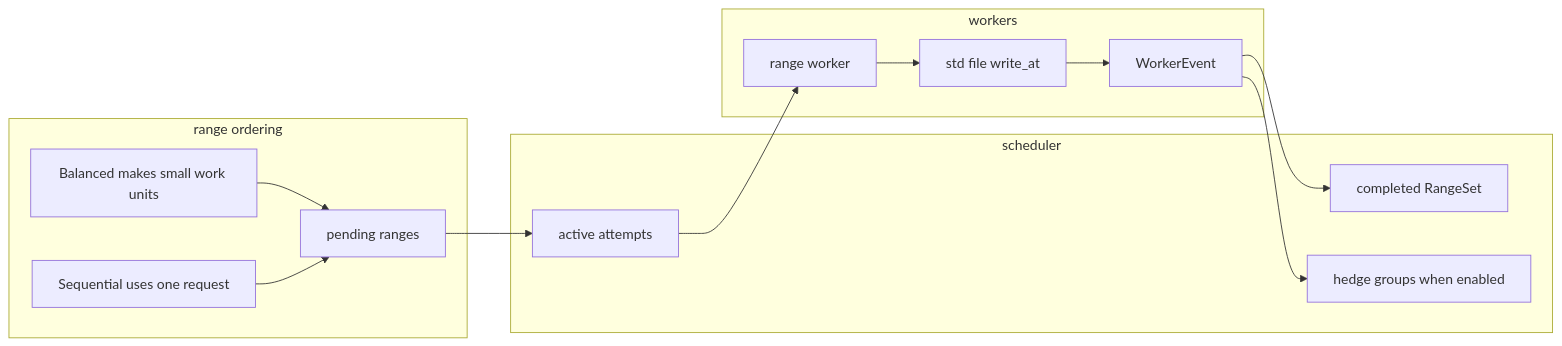
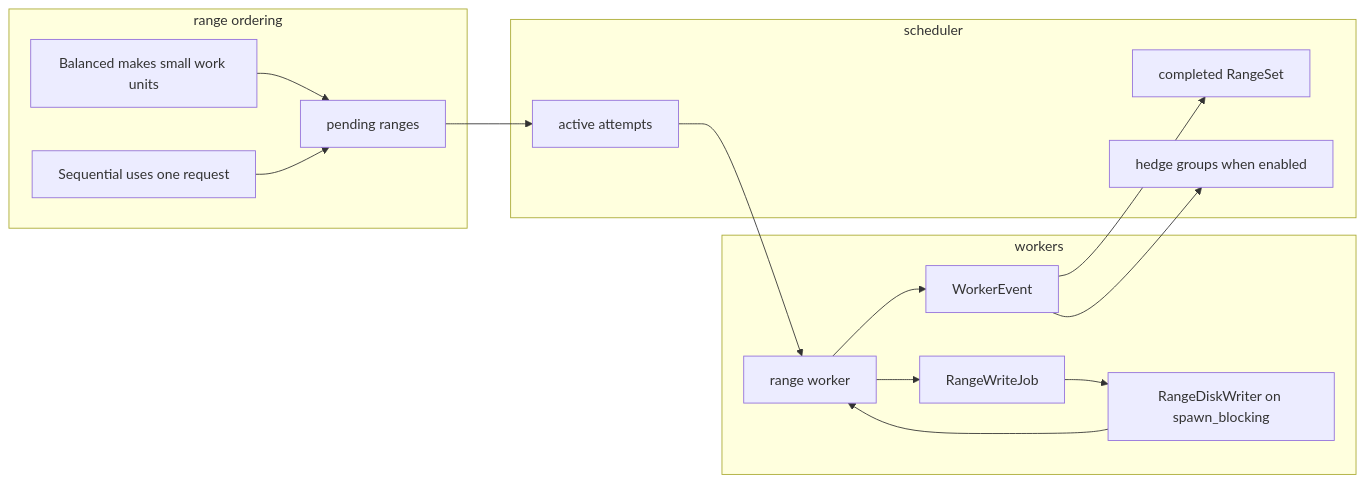
Before and after one commit to ophelianz/ophelia: the sixth of 9 diagrams in docs/core-diagrams.md, drawn with Mermaid. The commit also changed other lines of this file and 11 other files, not shown here.

Commit message:
refactor: add range disk writer

````diff
--- a/docs/core-diagrams.md
+++ b/docs/core-diagrams.md
@@ -123,29 +123,32 @@
 ```mermaid
 flowchart LR
   subgraph Ordering["range ordering"]
     Balanced["Balanced makes small work units"]
     Sequential["Sequential uses one request"]
     Pending["pending ranges"]
   end
 
   subgraph Scheduler["scheduler"]
     Active["active attempts"]
     Completed["completed RangeSet"]
     Hedges["hedge groups when enabled"]
   end
 
   subgraph Workers["workers"]
     Worker["range worker"]
-    Write["std file write_at"]
+    Job["RangeWriteJob"]
+    Writer["RangeDiskWriter on spawn_blocking"]
     Event["WorkerEvent"]
   end
 
   Balanced --> Pending
   Sequential --> Pending
   Pending --> Active
   Active --> Worker
-  Worker --> Write
-  Write --> Event
+  Worker --> Job
+  Job --> Writer
+  Writer --> Worker
+  Worker --> Event
   Event --> Completed
   Event --> Hedges
 ```
````
